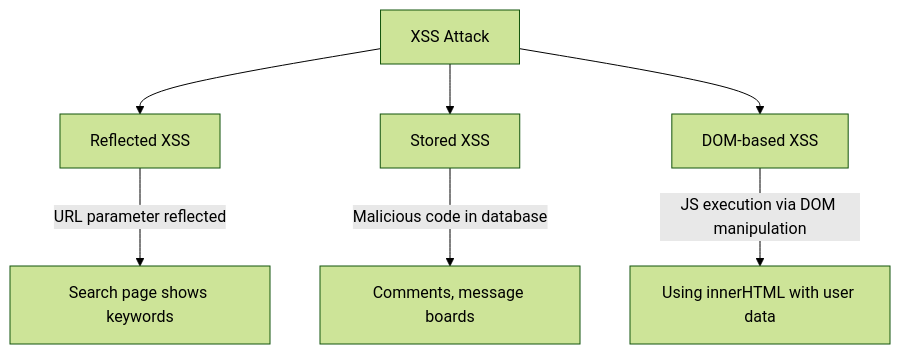
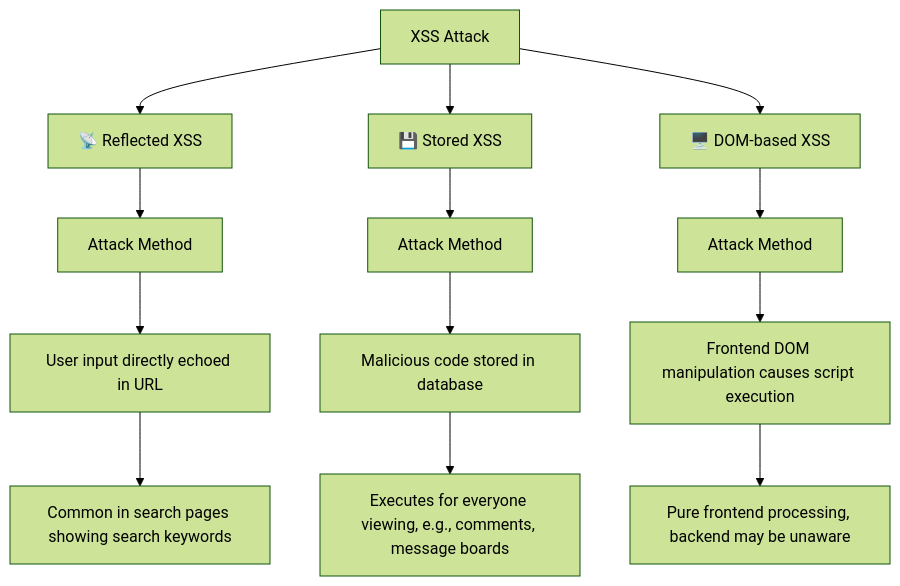
The second of 14 diagrams in articles/en/nodejs-security-guide.mdx (zhangshichuan/maxzhang.site), drawn with Mermaid (forest theme) before and after one commit. The commit also changed other lines of this file and 1 other file, not shown here.

````diff
--- a/articles/en/nodejs-security-guide.mdx
+++ b/articles/en/nodejs-security-guide.mdx
@@ -67,10 +199,18 @@
 ```mermaid
 flowchart TD
-    XSS[XSS Attack] --> Reflected[Reflected XSS]
-    XSS --> Stored[Stored XSS]
-    XSS --> DOM[DOM-based XSS]
+    XSS[XSS Attack] --> Reflected[📡 Reflected XSS]
+    XSS --> Stored[💾 Stored XSS]
+    XSS --> DOM[🖥️ DOM-based XSS]
 
-    Reflected --> |URL parameter reflected| Example1[Search page shows keywords]
-    Stored --> |Malicious code in database| Example2[Comments, message boards]
-    DOM --> |JS execution via DOM manipulation| Example3[Using innerHTML with user data]
+    Reflected --> R1[Attack Method]
+    R1 --> R2["User input directly echoed in URL"]
+    R2 --> R3["Common in search pages showing search keywords"]
+
+    Stored --> S1[Attack Method]
+    S1 --> S2["Malicious code stored in database"]
+    S2 --> S3["Executes for everyone viewing, e.g., comments, message boards"]
+
+    DOM --> D1[Attack Method]
+    D1 --> D2["Frontend DOM manipulation causes script execution"]
+    D2 --> D3["Pure frontend processing, backend may be unaware"]
 ```
````
